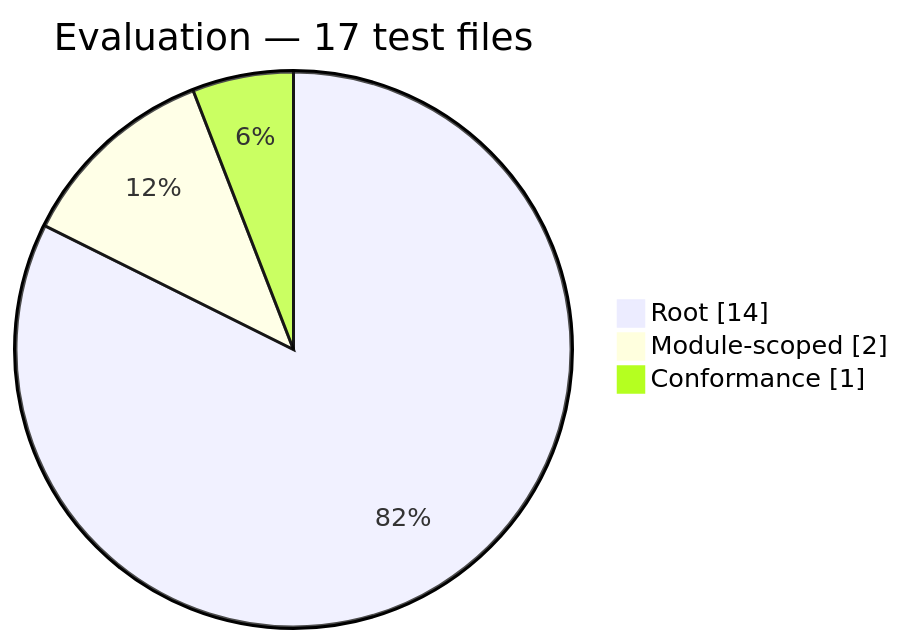
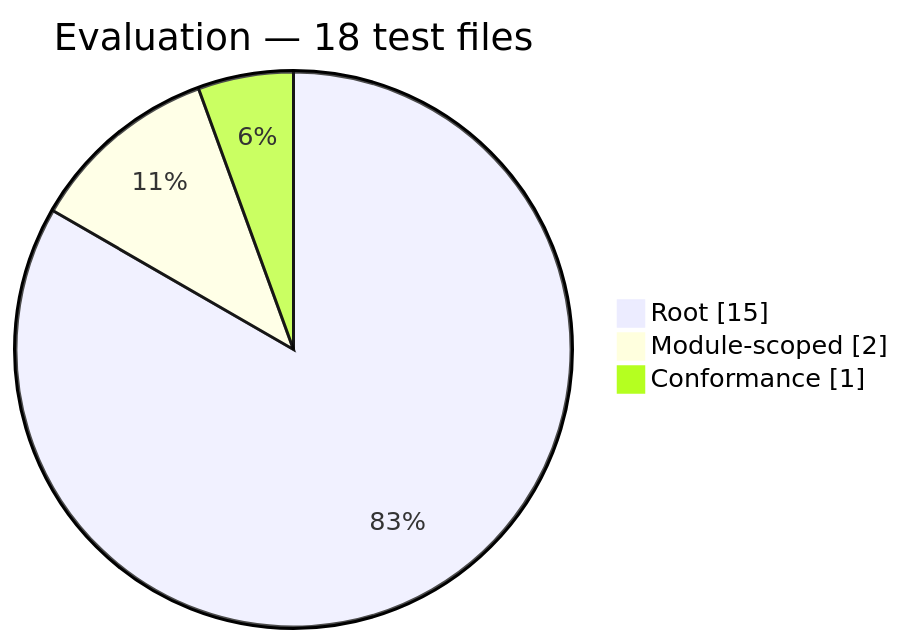
The third of 12 diagrams in docs/generated/test-composition.md (Mohammed-Alama/php-arazzo), drawn with Mermaid before and after one commit. The commit also changed other lines of this file and 6 other files, not shown here.

````diff
--- a/docs/generated/test-composition.md
+++ b/docs/generated/test-composition.md
@@ -44,7 +44,7 @@
 ```mermaid
 pie showData
-    title Evaluation — 17 test files
-    "Root": 14
+    title Evaluation — 18 test files
+    "Root": 15
     "Module-scoped": 2
     "Conformance": 1
 ```
````
